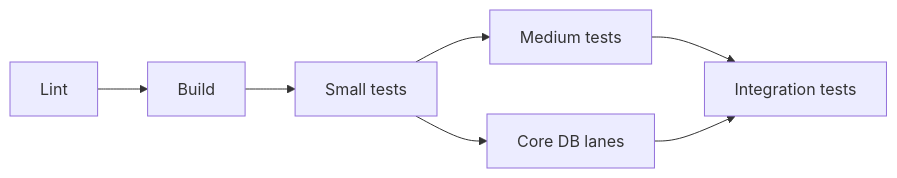
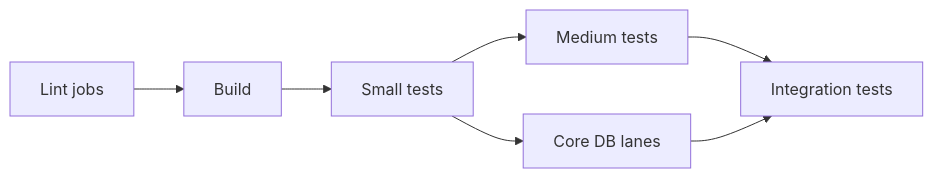
The diagram in design-docs/ci/presubmit/SPIP-presubmit.md (nevzheng/gravitino), drawn with Mermaid before and after one commit. The commit also changed other lines of this file and 3 other files, not shown here.

First line of the commit message:
improvement(ci): make lint a stage, rename compile to build, guard the catch-all shard

````diff
--- a/design-docs/ci/presubmit/SPIP-presubmit.md
+++ b/design-docs/ci/presubmit/SPIP-presubmit.md
@@ -55,9 +56,9 @@
 ```mermaid
 flowchart LR
-  lint[Lint] --> build[Build]
+  lint[Lint jobs] --> build[Build]
   build --> small[Small tests]
   small --> medium[Medium tests]
   small --> core[Core DB lanes]
   medium --> it[Integration tests]
   core --> it
 ```
````
